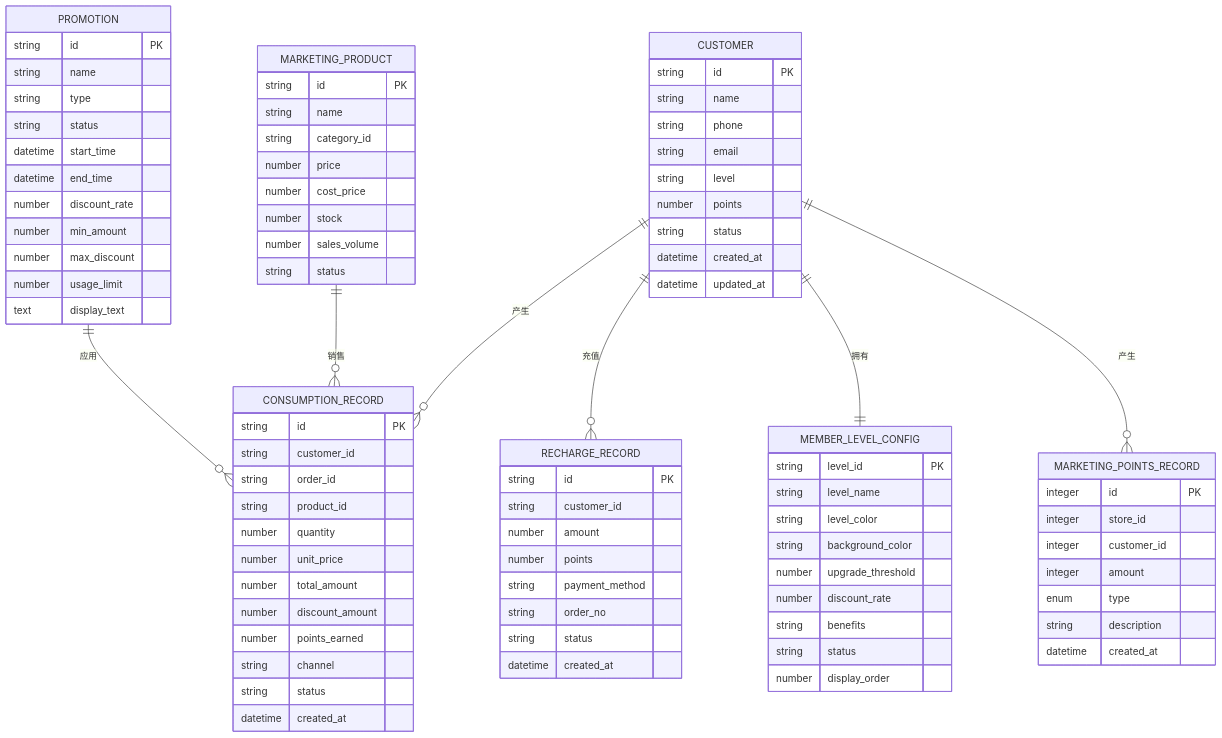
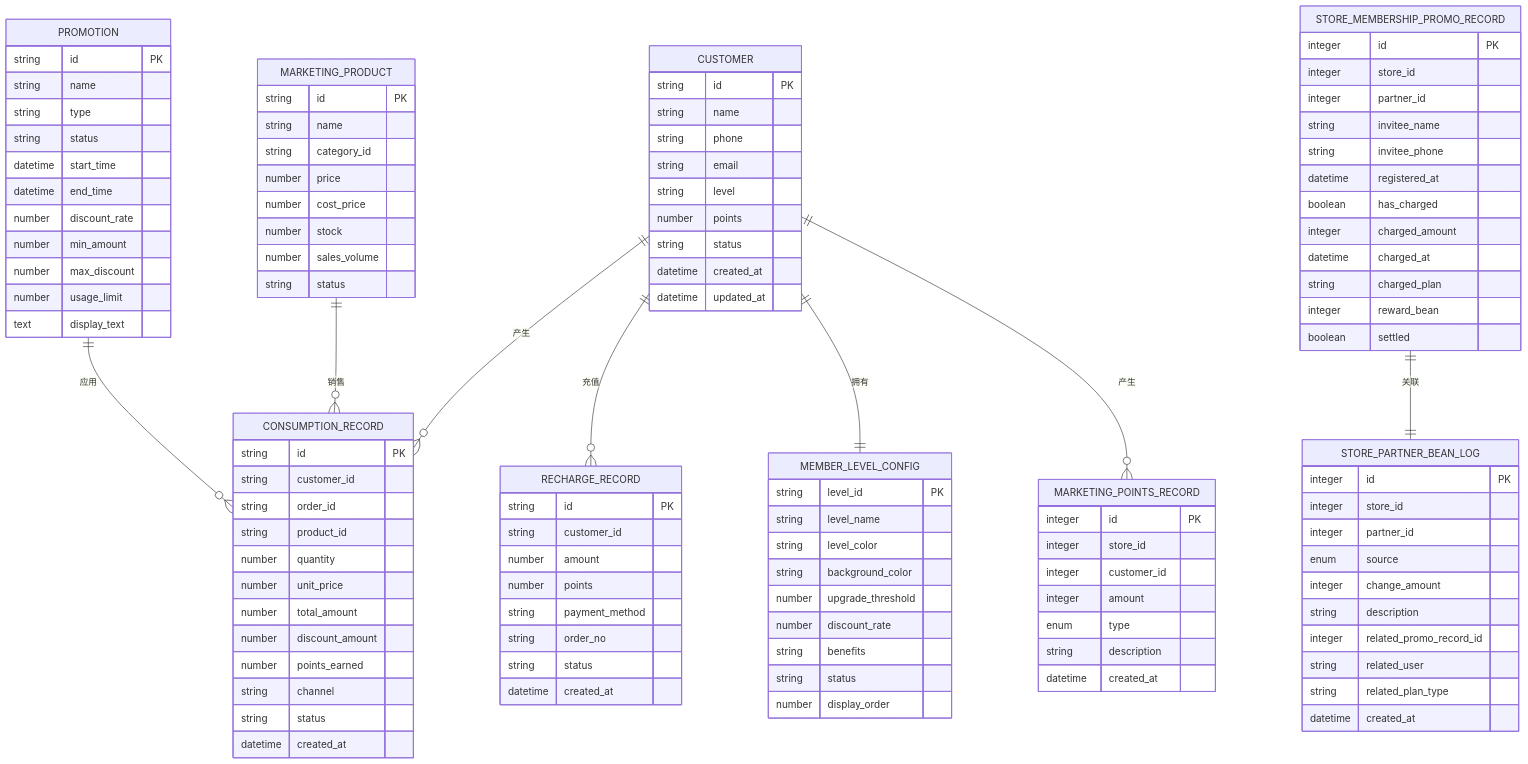
One commit to rc558620/purelyprofit-server changed diagram 54 of 54 in .qoder/repowiki/zh/content/业务模块/营销推广模块/营销推广模块.md. Above: the diagram before and after it, drawn with Mermaid. The commit also changed other lines of this file and 8 other files, not shown here.

````diff
--- a/.qoder/repowiki/zh/content/业务模块/营销推广模块/营销推广模块.md
+++ b/.qoder/repowiki/zh/content/业务模块/营销推广模块/营销推广模块.md
@@ -1840,10 +2170,37 @@
 string description
 datetime created_at
 }
+STORE_MEMBERSHIP_PROMO_RECORD {
+integer id PK
+integer store_id
+integer partner_id
+string invitee_name
+string invitee_phone
+datetime registered_at
+boolean has_charged
+integer charged_amount
+datetime charged_at
+string charged_plan
+integer reward_bean
+boolean settled
+}
+STORE_PARTNER_BEAN_LOG {
+integer id PK
+integer store_id
+integer partner_id
+enum source
+integer change_amount
+string description
+integer related_promo_record_id
+string related_user
+string related_plan_type
+datetime created_at
+}
 CUSTOMER ||--o{ CONSUMPTION_RECORD : "产生"
 PROMOTION ||--o{ CONSUMPTION_RECORD : "应用"
 MARKETING_PRODUCT ||--o{ CONSUMPTION_RECORD : "销售"
 CUSTOMER ||--o{ RECHARGE_RECORD : "充值"
 CUSTOMER ||--|| MEMBER_LEVEL_CONFIG : "拥有"
 CUSTOMER ||--o{ MARKETING_POINTS_RECORD : "产生"
+STORE_MEMBERSHIP_PROMO_RECORD ||--|| STORE_PARTNER_BEAN_LOG : "关联"
 ```
````
